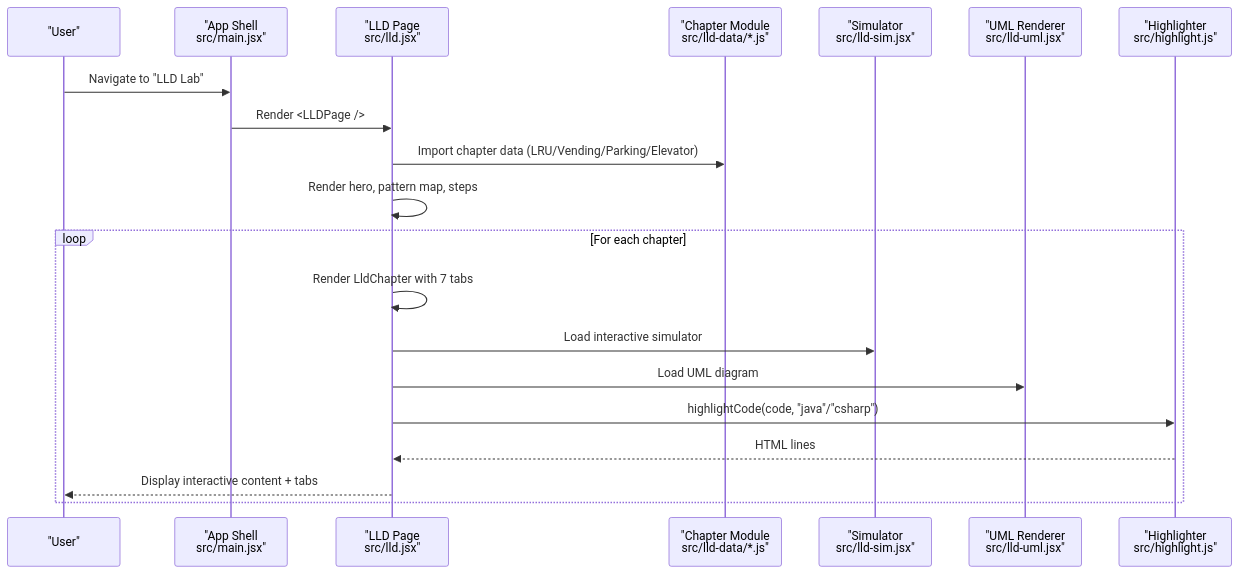
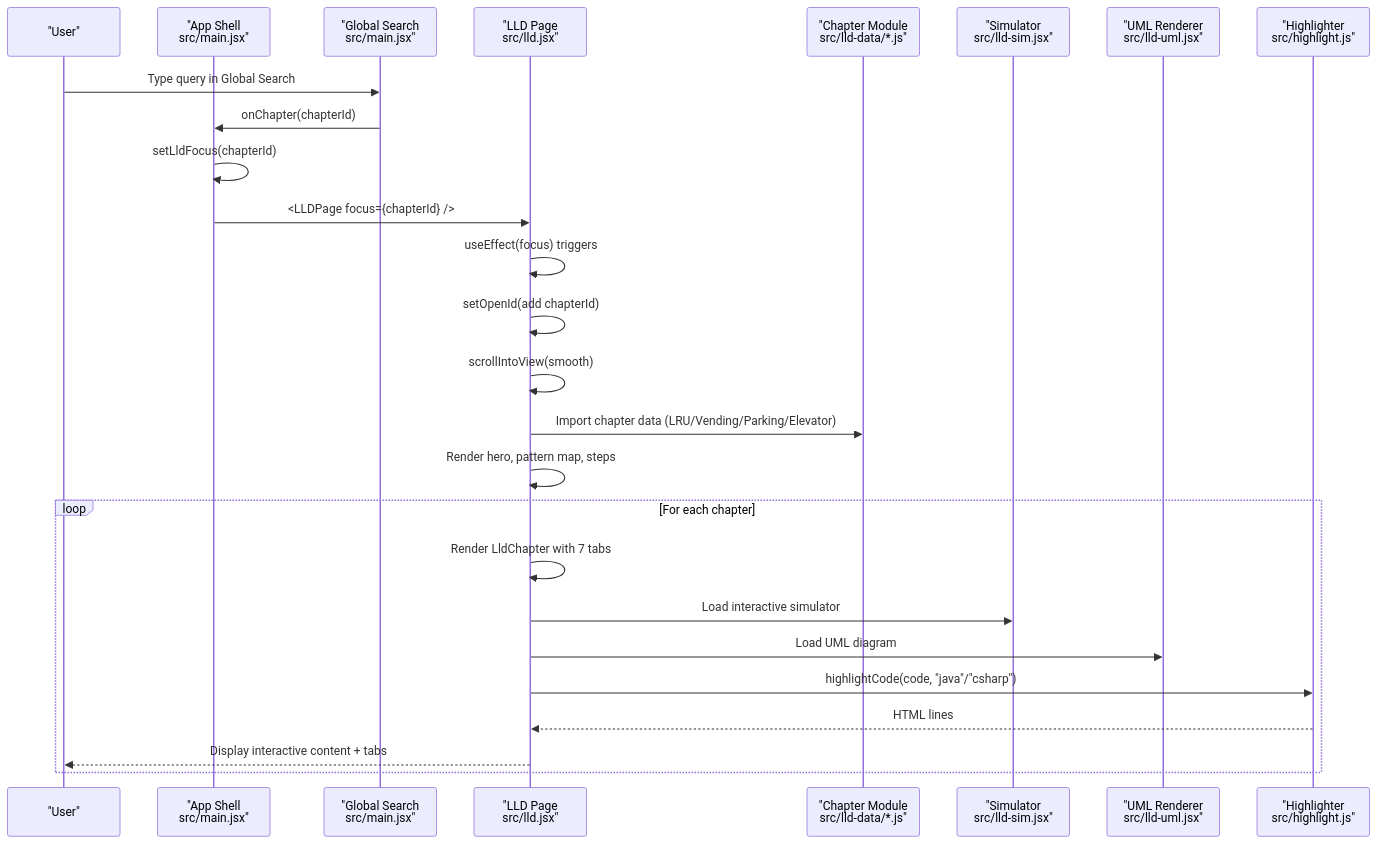
The second of 4 diagrams in .qoder/repowiki/en/content/Frontend Application/LLD Lab Component.md (iamrituraj/DSA-Tracker), drawn with Mermaid before and after one commit. The commit also changed other lines of this file and 8 other files, not shown here.

````diff
--- a/.qoder/repowiki/en/content/Frontend Application/LLD Lab Component.md
+++ b/.qoder/repowiki/en/content/Frontend Application/LLD Lab Component.md
@@ -112,22 +114,28 @@
 ```mermaid
 sequenceDiagram
 participant User as "User"
 participant App as "App Shell<br/>src/main.jsx"
+participant Search as "Global Search<br/>src/main.jsx"
 participant LLD as "LLD Page<br/>src/lld.jsx"
 participant Chapter as "Chapter Module<br/>src/lld-data/*.js"
 participant Sim as "Simulator<br/>src/lld-sim.jsx"
 participant UML as "UML Renderer<br/>src/lld-uml.jsx"
 participant HL as "Highlighter<br/>src/highlight.js"
-User->>App : Navigate to "LLD Lab"
-App->>LLD : Render <LLDPage />
+User->>Search : Type query in Global Search
+Search->>App : onChapter(chapterId)
+App->>App : setLldFocus(chapterId)
+App->>LLD : <LLDPage focus={chapterId} />
+LLD->>LLD : useEffect(focus) triggers
+LLD->>LLD : setOpenId(add chapterId)
+LLD->>LLD : scrollIntoView(smooth)
 LLD->>Chapter : Import chapter data (LRU/Vending/Parking/Elevator)
 LLD->>LLD : Render hero, pattern map, steps
 loop For each chapter
 LLD->>LLD : Render LldChapter with 7 tabs
 LLD->>Sim : Load interactive simulator
 LLD->>UML : Load UML diagram
 LLD->>HL : highlightCode(code, "java"/"csharp")
 HL-->>LLD : HTML lines
 LLD-->>User : Display interactive content + tabs
 end
 ```
````
